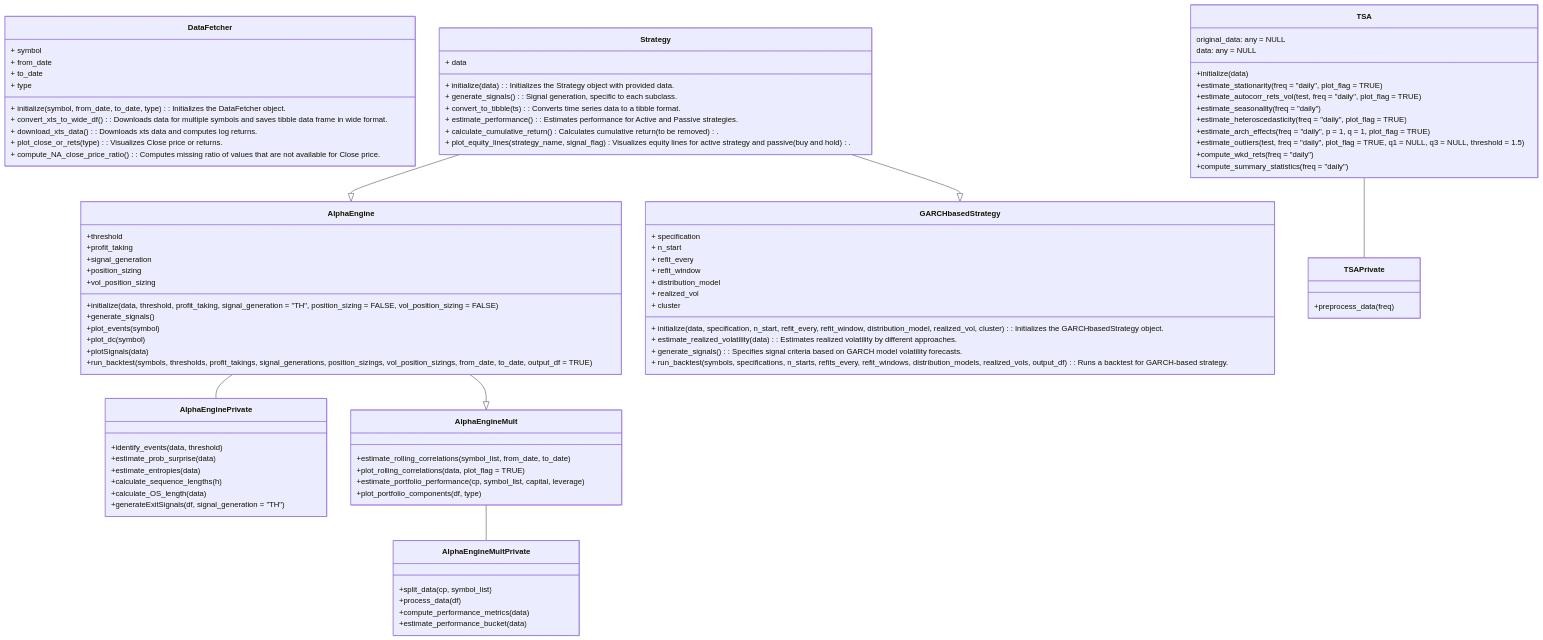
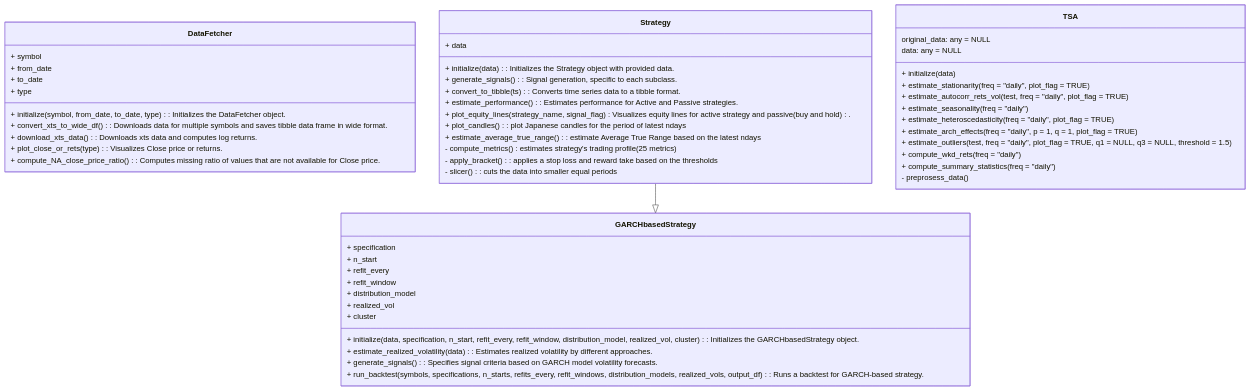
The second of 2 diagrams in README.md (kraif999/ATS), drawn with Mermaid before and after one commit. The commit also changed other lines of this file and 3 other files, not shown here.

````diff
--- a/README.md
+++ b/README.md
@@ -71,64 +79,28 @@
         + generate_signals() : Signal generation, specific to each subclass.
         + convert_to_tibble(ts) : Converts time series data to a tibble format.
         + estimate_performance() : Estimates performance for Active and Passive strategies.
-        + calculate_cumulative_return() : Calculates cumulative return (to be removed).
         + plot_equity_lines(strategy_name, signal_flag) : Visualizes equity lines for active strategy and passive (buy and hold).
+        + plot_candles() : plot Japanese candles for the period of latest ndays
+        + estimate_average_true_range() : estimate Average True Range based on the latest ndays
+        - compute_metrics() : estimates strategy's trading profile (25 metrics)
+        - apply_bracket() : applies a stop loss and reward take based on the thresholds
+        - slicer() : cuts the data into smaller equal periods
     }
-
-    class AlphaEngine {
-        +threshold
-        +profit_taking
-        +signal_generation
-        +position_sizing
-        +vol_position_sizing
-        +initialize(data, threshold, profit_taking, signal_generation = "TH", position_sizing = FALSE, vol_position_sizing = FALSE)
-        +generate_signals()
-        +plot_events(symbol)
-        +plot_dc(symbol)
-        +plotSignals(data)
-        +run_backtest(symbols, thresholds, profit_takings, signal_generations, position_sizings, vol_position_sizings, from_date, to_date, output_df = TRUE)
-    }
-    class AlphaEnginePrivate {
-        +identify_events(data, threshold)
-        +estimate_prob_surprise(data)
-        +estimate_entropies(data)
-        +calculate_sequence_lengths(h)
-        +calculate_OS_length(data)
-        +generateExitSignals(df, signal_generation = "TH")
-    }
-    AlphaEngine -- AlphaEnginePrivate
-
-    class AlphaEngineMult {
-        +estimate_rolling_correlations(symbol_list, from_date, to_date)
-        +plot_rolling_correlations(data, plot_flag = TRUE)
-        +estimate_portfolio_performance(cp, symbol_list, capital, leverage)
-        +plot_portfolio_components(df, type)
-    }
-    class AlphaEngineMultPrivate {
-        +split_data(cp, symbol_list)
-        +process_data(df)
-        +compute_performance_metrics(data)
-        +estimate_performance_bucket(data)
-    }
-    AlphaEngineMult -- AlphaEngineMultPrivate
 
     class TSA {
         original_data: any = NULL
         data: any = NULL
-        +initialize(data)
-        +estimate_stationarity(freq = "daily", plot_flag = TRUE)
-        +estimate_autocorr_rets_vol(test, freq = "daily", plot_flag = TRUE)
-        +estimate_seasonality(freq = "daily")
-        +estimate_heteroscedasticity(freq = "daily", plot_flag = TRUE)
-        +estimate_arch_effects(freq = "daily", p = 1, q = 1, plot_flag = TRUE)
-        +estimate_outliers(test, freq = "daily", plot_flag = TRUE, q1 = NULL, q3 = NULL, threshold = 1.5)
-        +compute_wkd_rets(freq = "daily")
-        +compute_summary_statistics(freq = "daily")
+        + initialize(data)
+        + estimate_stationarity(freq = "daily", plot_flag = TRUE)
+        + estimate_autocorr_rets_vol(test, freq = "daily", plot_flag = TRUE)
+        + estimate_seasonality(freq = "daily")
+        + estimate_heteroscedasticity(freq = "daily", plot_flag = TRUE)
+        + estimate_arch_effects(freq = "daily", p = 1, q = 1, plot_flag = TRUE)
+        + estimate_outliers(test, freq = "daily", plot_flag = TRUE, q1 = NULL, q3 = NULL, threshold = 1.5)
+        + compute_wkd_rets(freq = "daily")
+        + compute_summary_statistics(freq = "daily")
+        - preprosess_data()
     }
-    class TSAPrivate {
-        +preprocess_data(freq)
-    }
-    TSA -- TSAPrivate
 
     class GARCHbasedStrategy {
         + specification
@@ -144,8 +116,6 @@
         + run_backtest(symbols, specifications, n_starts, refits_every, refit_windows, distribution_models, realized_vols, output_df) : Runs a backtest for GARCH-based strategy.
     }
 
-
-    Strategy --|> AlphaEngine
     Strategy --|> GARCHbasedStrategy
-    AlphaEngine --|> AlphaEngineMult
+    
 ```
````
